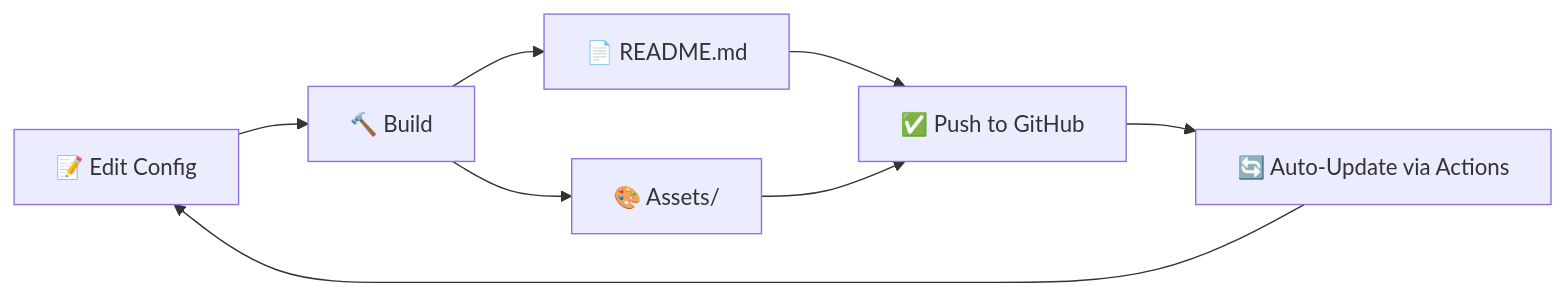
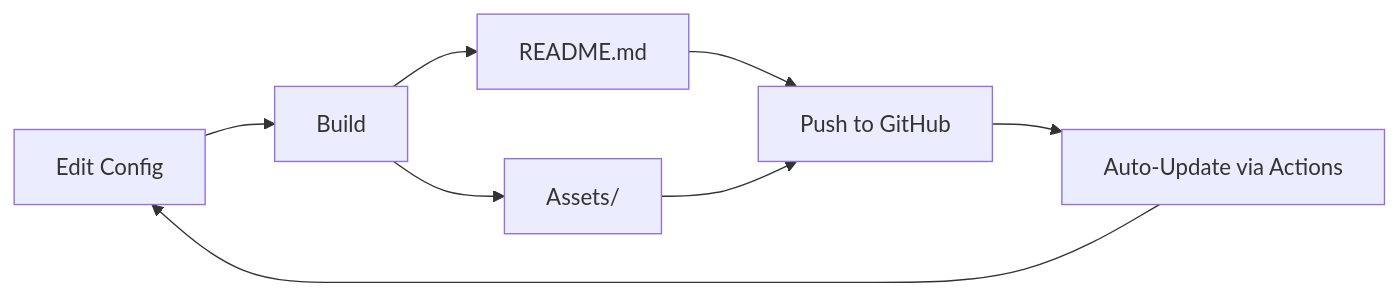
The diagram in README.md (NagusameCS/doccc), drawn with Mermaid before and after one commit. The commit also changed other lines of this file and 30 other files, not shown here.

````diff
--- a/README.md
+++ b/README.md
@@ -305,10 +305,10 @@
 ```mermaid
 graph LR
-    A[📝 Edit Config] --> B[🔨 Build]
-    B --> C[📄 README.md]
-    B --> D[🎨 Assets/]
-    C --> E[✅ Push to GitHub]
+    A[Edit Config] --> B[Build]
+    B --> C[README.md]
+    B --> D[Assets/]
+    C --> E[Push to GitHub]
     D --> E
-    E --> F[🔄 Auto-Update via Actions]
+    E --> F[Auto-Update via Actions]
     F --> A
 ```
````
